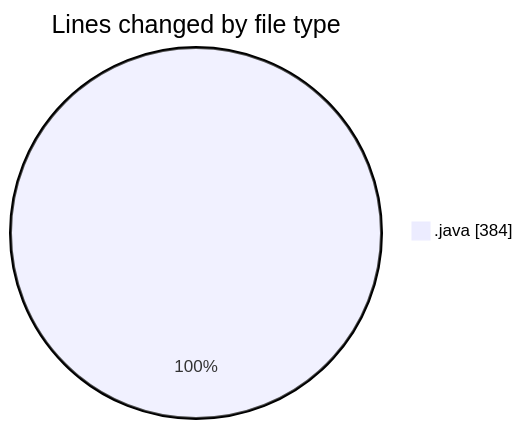
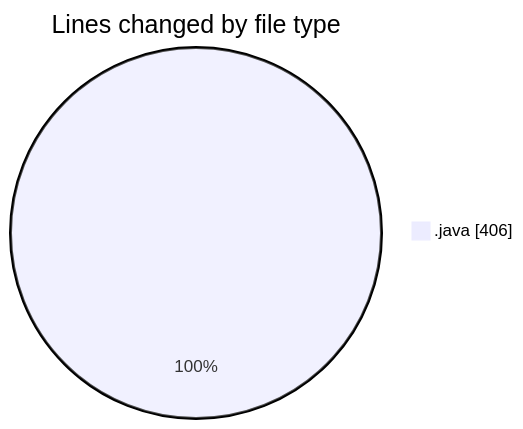
The first of 2 diagrams in 2025-02-21/projet/README.md (Elitesun/code-tracking), drawn with Mermaid before and after one commit. The commit also changed other lines of this file and 1 other file, not shown here.

````diff
--- a/2025-02-21/projet/README.md
+++ b/2025-02-21/projet/README.md
@@ -24,5 +24,5 @@
 ```mermaid
 pie showData
 title Lines changed by file type
-".java" : 384
+".java" : 406
 ```
````
